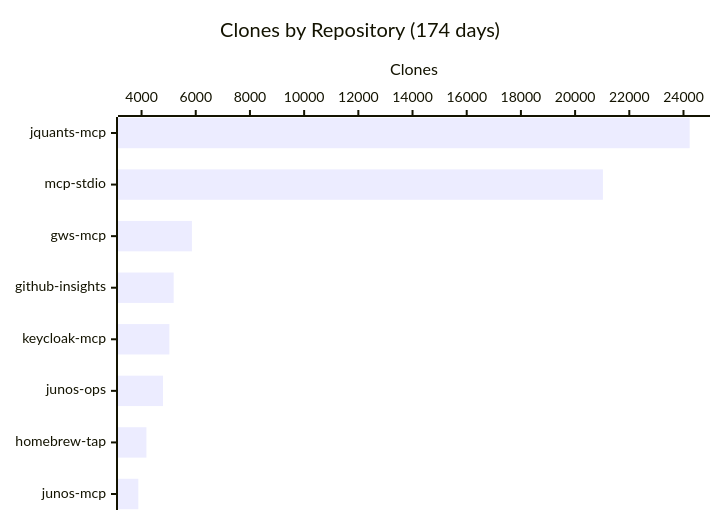
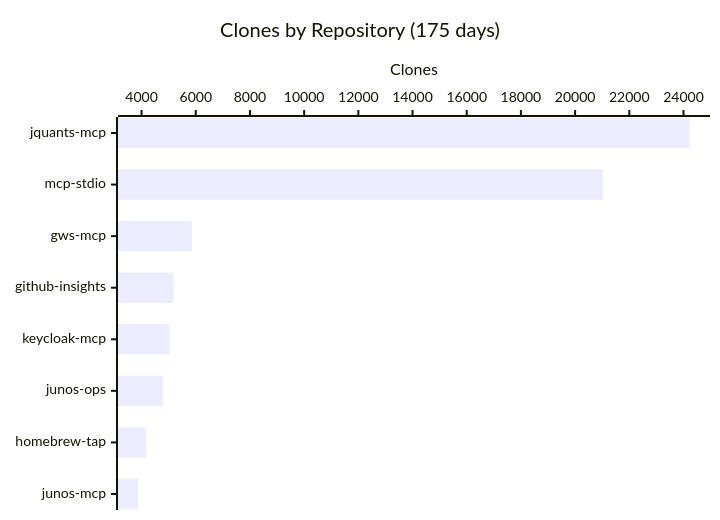
The fourth of 4 diagrams in README.md (shigechika/github-insights), drawn with Mermaid before and after one commit. The commit also changed other lines of this file and 2 other files, not shown here.

````diff
--- a/README.md
+++ b/README.md
@@ -58,7 +58,7 @@
 ```mermaid
 xychart-beta horizontal
-    title "Clones by Repository (174 days)"
+    title "Clones by Repository (175 days)"
     x-axis ["jquants-mcp", "mcp-stdio", "gws-mcp", "github-insights", "keycloak-mcp", "junos-ops", "homebrew-tap", "junos-mcp"]
     y-axis "Clones"
     bar [24229, 21026, 5858, 5185, 5027, 4792, 4180, 3880]
 ```
````
